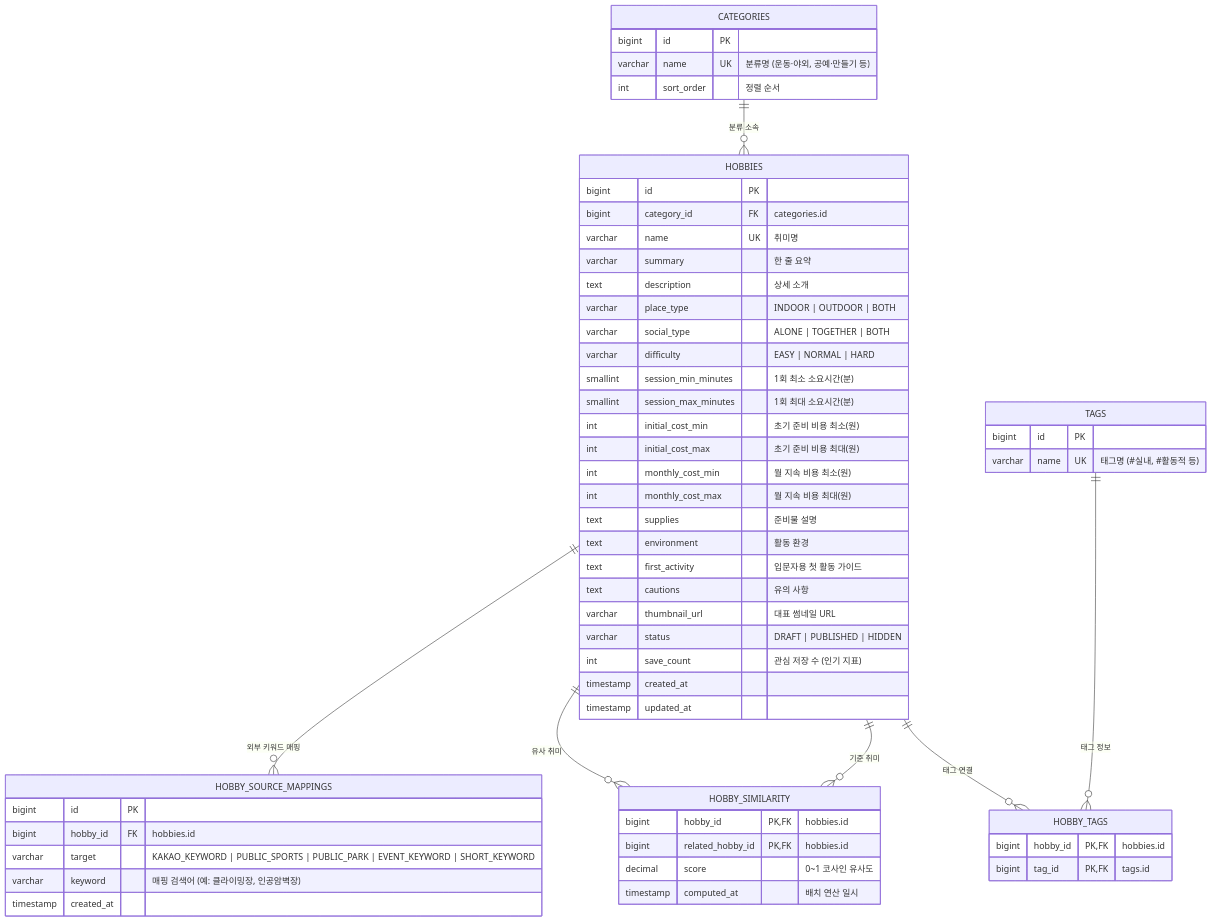
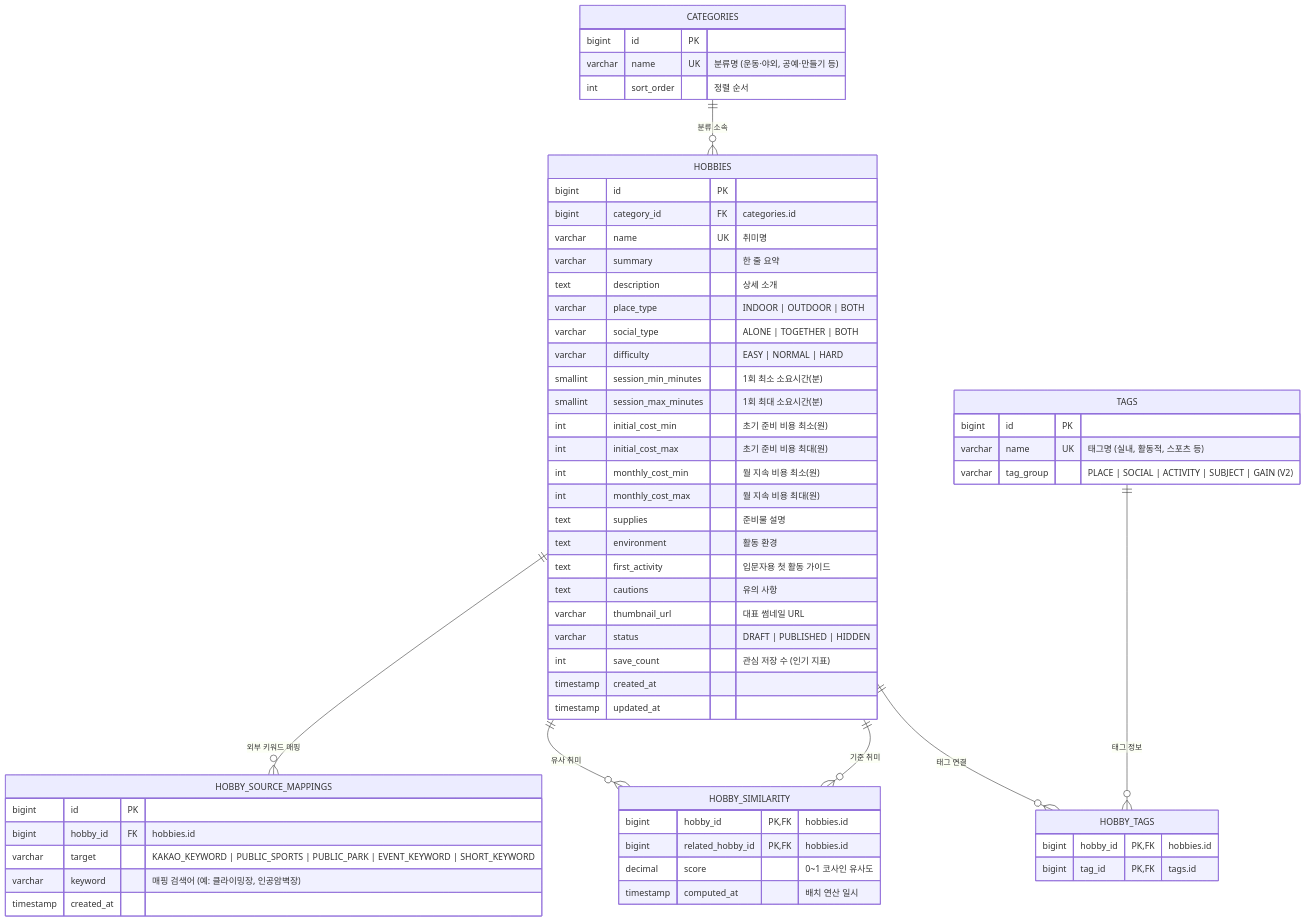
One commit to MinBeom2/NyamNyamHobby changed the third of 8 diagrams in repo/docs/db/ERD.md. Above: the diagram before and after it, drawn with Mermaid. The commit also changed other lines of this file and 2 other files, not shown here.

Commit message:
feat(db): tags에 tag_group 컬럼 추가(V2) 및 유사도 주석 정리

````diff
--- a/repo/docs/db/ERD.md
+++ b/repo/docs/db/ERD.md
@@ -147,66 +148,67 @@
 ```mermaid
 erDiagram
     CATEGORIES ||--o{ HOBBIES : "분류 소속"
     HOBBIES ||--o{ HOBBY_TAGS : "태그 연결"
     TAGS ||--o{ HOBBY_TAGS : "태그 정보"
     HOBBIES ||--o{ HOBBY_SIMILARITY : "기준 취미"
     HOBBIES ||--o{ HOBBY_SIMILARITY : "유사 취미"
     HOBBIES ||--o{ HOBBY_SOURCE_MAPPINGS : "외부 키워드 매핑"
 
     CATEGORIES {
         bigint id PK
         varchar name UK "분류명 (운동·야외, 공예·만들기 등)"
         int sort_order "정렬 순서"
     }
 
     HOBBIES {
         bigint id PK
         bigint category_id FK "categories.id"
         varchar name UK "취미명"
         varchar summary "한 줄 요약"
         text description "상세 소개"
         varchar place_type "INDOOR | OUTDOOR | BOTH"
         varchar social_type "ALONE | TOGETHER | BOTH"
         varchar difficulty "EASY | NORMAL | HARD"
         smallint session_min_minutes "1회 최소 소요시간(분)"
         smallint session_max_minutes "1회 최대 소요시간(분)"
         int initial_cost_min "초기 준비 비용 최소(원)"
         int initial_cost_max "초기 준비 비용 최대(원)"
         int monthly_cost_min "월 지속 비용 최소(원)"
         int monthly_cost_max "월 지속 비용 최대(원)"
         text supplies "준비물 설명"
         text environment "활동 환경"
         text first_activity "입문자용 첫 활동 가이드"
         text cautions "유의 사항"
         varchar thumbnail_url "대표 썸네일 URL"
         varchar status "DRAFT | PUBLISHED | HIDDEN"
         int save_count "관심 저장 수 (인기 지표)"
         timestamp created_at
         timestamp updated_at
     }
 
     TAGS {
         bigint id PK
-        varchar name UK "태그명 (#실내, #활동적 등)"
+        varchar name UK "태그명 (실내, 활동적, 스포츠 등)"
+        varchar tag_group "PLACE | SOCIAL | ACTIVITY | SUBJECT | GAIN (V2)"
     }
 
     HOBBY_TAGS {
         bigint hobby_id PK, FK "hobbies.id"
         bigint tag_id PK, FK "tags.id"
     }
 
     HOBBY_SIMILARITY {
         bigint hobby_id PK, FK "hobbies.id"
         bigint related_hobby_id PK, FK "hobbies.id"
         decimal score "0~1 코사인 유사도"
         timestamp computed_at "배치 연산 일시"
     }
 
     HOBBY_SOURCE_MAPPINGS {
         bigint id PK
         bigint hobby_id FK "hobbies.id"
         varchar target "KAKAO_KEYWORD | PUBLIC_SPORTS | PUBLIC_PARK | EVENT_KEYWORD | SHORT_KEYWORD"
         varchar keyword "매핑 검색어 (예: 클라이밍장, 인공암벽장)"
         timestamp created_at
     }
 ```
````
